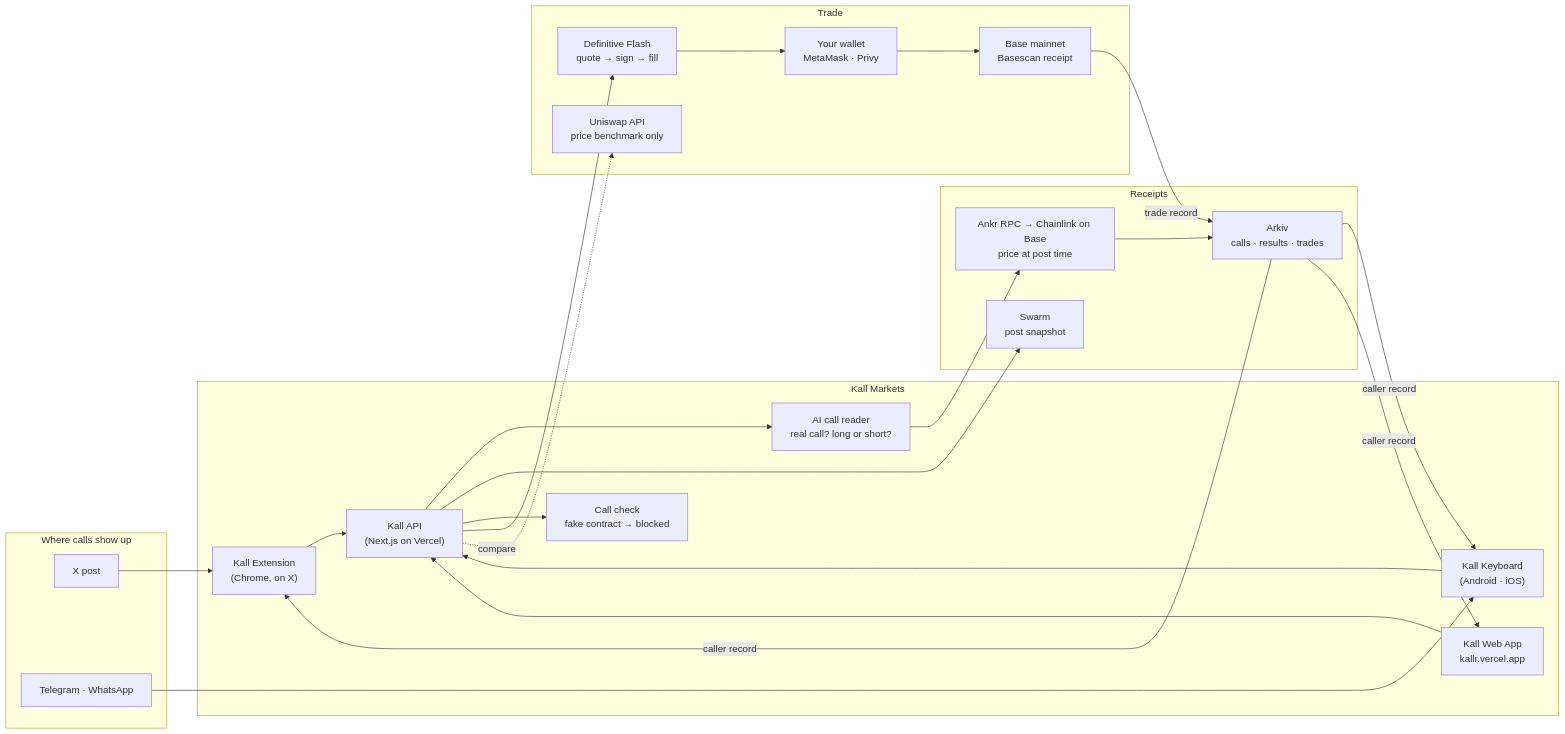
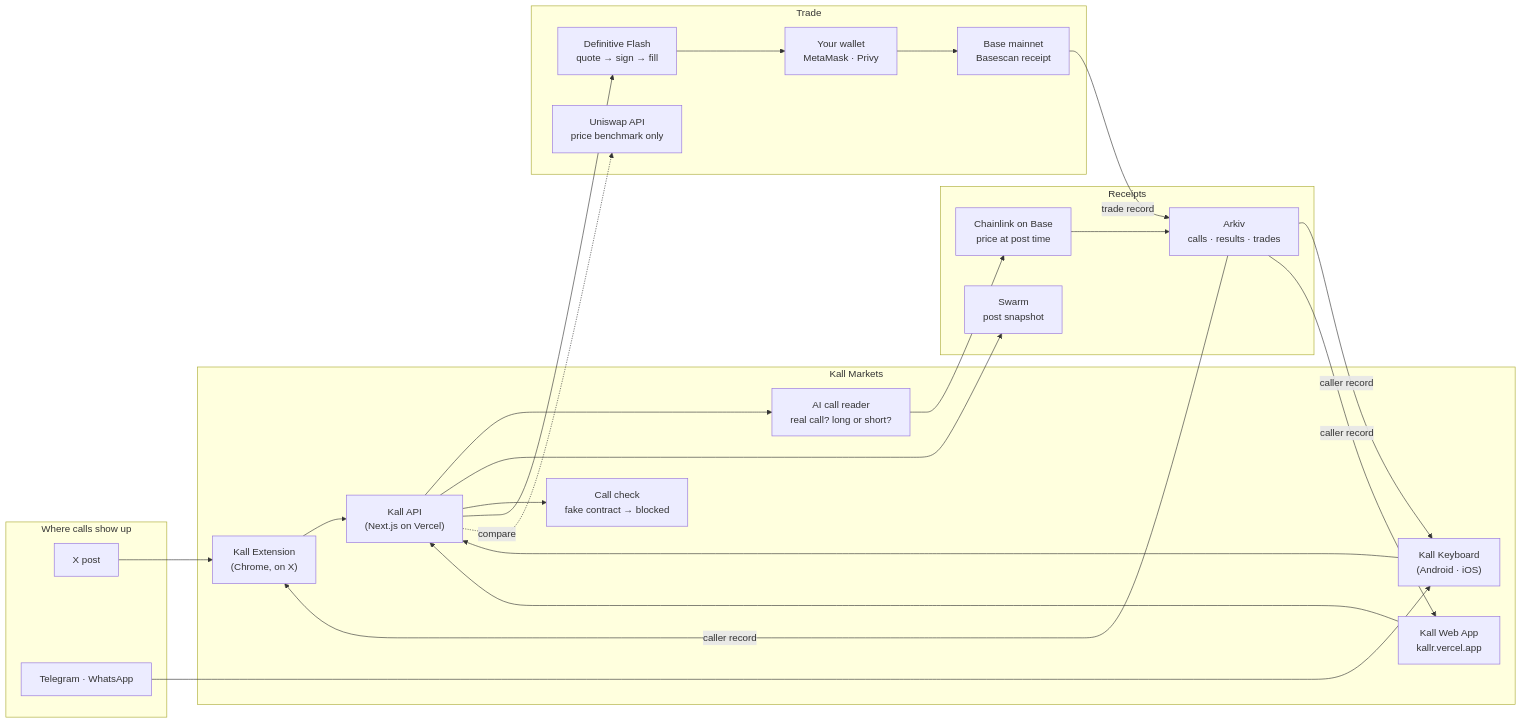
One commit to harshalbhangale/ethglobal-mumbai changed the diagram in README.md. Above: the diagram before and after it, drawn with Mermaid. The commit also changed other lines of this file and 6 other files, not shown here.

Commit message:
Architecture: Anon-RPC (Nym) replaces Ankr; Ankr RPC code removed

````diff
--- a/README.md
+++ b/README.md
@@ -56,41 +56,41 @@
 ```mermaid
 flowchart LR
   subgraph Where["Where calls show up"]
     X["X post"]
     TG["Telegram · WhatsApp"]
   end
 
   subgraph Kall["Kall Markets"]
     EXT["Kall Extension<br/>(Chrome, on X)"]
     KB["Kall Keyboard<br/>(Android · iOS)"]
     WEB["Kall Web App<br/>kallr.vercel.app"]
     API["Kall API<br/>(Next.js on Vercel)"]
     AI["AI call reader<br/>real call? long or short?"]
     CHECK["Call check<br/>fake contract → blocked"]
   end
 
   subgraph Proof["Receipts"]
-    CL["Ankr RPC → Chainlink on Base<br/>price at post time"]
+    CL["Chainlink on Base<br/>price at post time"]
     ARK["Arkiv<br/>calls · results · trades"]
     SW["Swarm<br/>post snapshot"]
   end
 
   subgraph Trade["Trade"]
     FL["Definitive Flash<br/>quote → sign → fill"]
     UNI["Uniswap API<br/>price benchmark only"]
     WAL["Your wallet<br/>MetaMask · Privy"]
     BASE["Base mainnet<br/>Basescan receipt"]
   end
 
   X --> EXT
   TG --> KB
   EXT & KB & WEB --> API
   API --> AI --> CL --> ARK
   API --> SW
   API --> CHECK
   ARK -->|caller record| EXT & KB & WEB
   API --> FL
   API -.->|compare| UNI
   FL --> WAL --> BASE
   BASE -->|trade record| ARK
 ```
````
